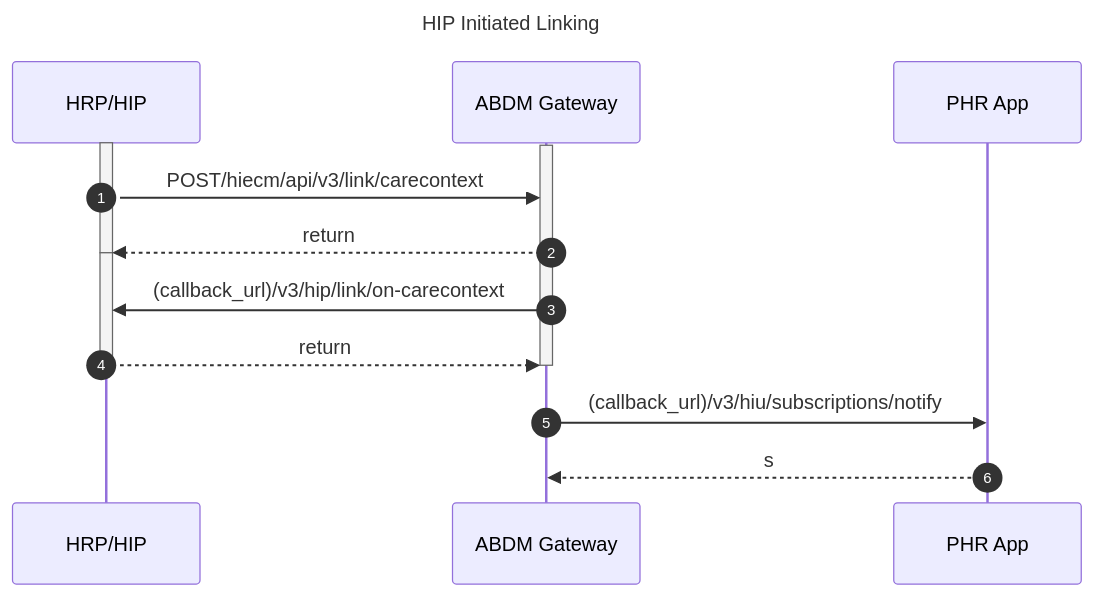
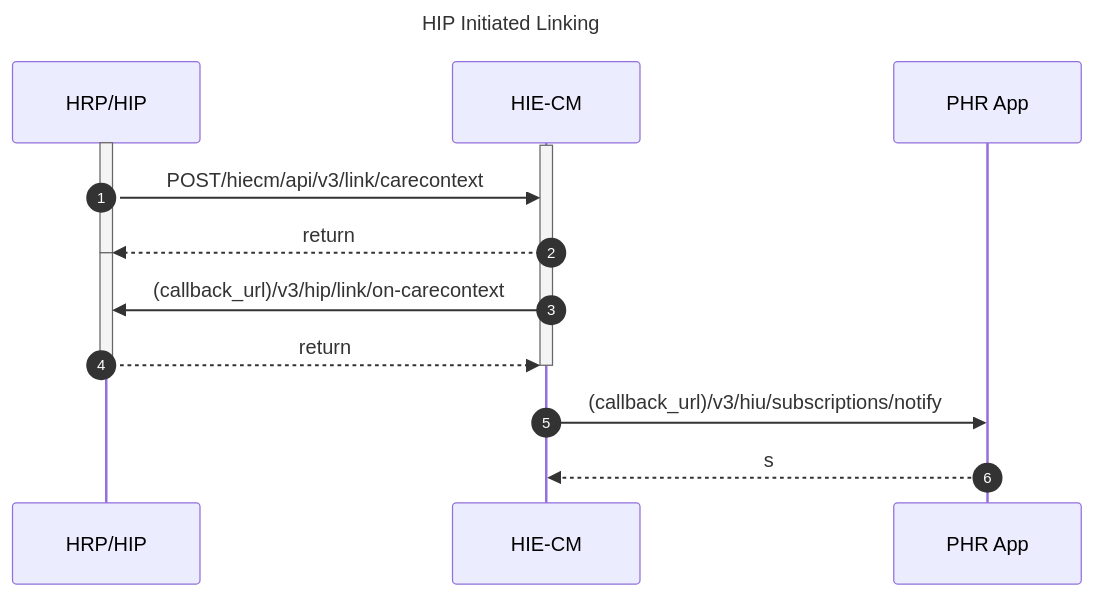
One commit to kiranma72/abdm-docs changed the second of 2 diagrams in content/3-milestone2/link-care-context/hip-initiated-linking.md. Above: the diagram before and after it, drawn with Mermaid. The commit also changed other lines of this file and 1 other file, not shown here.

Commit message:
API Versions

```diff
--- a/content/3-milestone2/link-care-context/hip-initiated-linking.md
+++ b/content/3-milestone2/link-care-context/hip-initiated-linking.md
@@ -70,19 +121,19 @@
 {{< mermaid >}}
 %%{init:{"fontSize": "1.0rem", "sequence":{"showSequenceNumbers":true}}}%%
 sequenceDiagram
 title HIP Initiated Linking
 activate HRP/HIP
-activate ABDM Gateway
-HRP/HIP->>ABDM Gateway: POST/hiecm/api/v3/link/carecontext
-ABDM Gateway-->>HRP/HIP: return
+activate HIE-CM 
+HRP/HIP->>HIE-CM : POST/hiecm/api/v3/link/carecontext
+HIE-CM-->>HRP/HIP: return
 deactivate HRP/HIP 
-deactivate ABDM Gateway
+deactivate HIE-CM 
 activate HRP/HIP  
-activate ABDM Gateway  
-ABDM Gateway->>HRP/HIP:(callback_url)/v3/hip/link/on-carecontext
-HRP/HIP-->>ABDM Gateway:return
+activate HIE-CM   
+HIE-CM->>HRP/HIP:(callback_url)/v3/hip/link/on-carecontext
+HRP/HIP-->>HIE-CM :return
 deactivate HRP/HIP 
-deactivate ABDM Gateway
-ABDM Gateway->>PHR App:(callback_url)/v3/hiu/subscriptions/notify
-PHR App-->>ABDM Gateway:s
+deactivate HIE-CM 
+HIE-CM->>PHR App:(callback_url)/v3/hiu/subscriptions/notify
+PHR App-->>HIE-CM :s
 {{< /mermaid >}}
```
